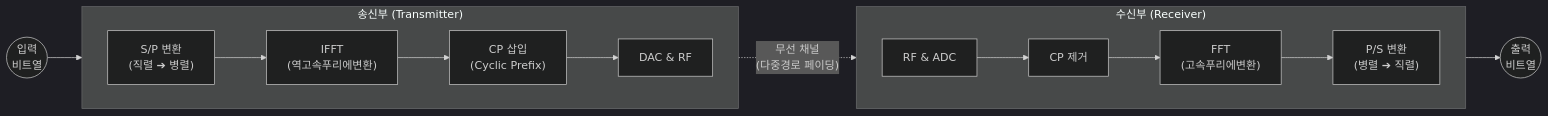
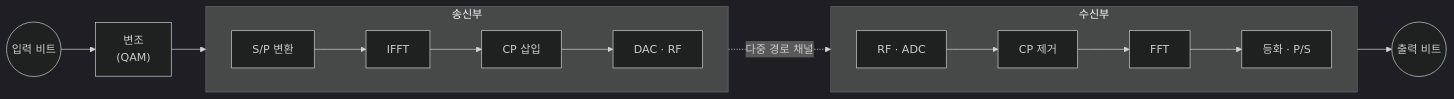
One commit to supremethumb/supremethumb.github.io changed the diagram in content/01_IT Tech/OFDM (Orthogonal Frequency Division Multiplexing).md. Above: the diagram before and after it, drawn with Mermaid (dark theme). The commit also changed other lines of this file and 1087 other files, not shown here.

````diff
--- a/content/01_IT Tech/OFDM (Orthogonal Frequency Division Multiplexing).md
+++ b/content/01_IT Tech/OFDM (Orthogonal Frequency Division Multiplexing).md
@@ -32,27 +37,15 @@
 ```mermaid
 flowchart LR
-    subgraph Transmitter ["송신부 (Transmitter)"]
+    IN(("입력 비트")) --> MOD["변조<br/>(QAM)"]
+    subgraph TX["송신부"]
         direction LR
-        S_P["S/P 변환<br/>(직렬 ➔ 병렬)"]
-        IFFT["IFFT<br/>(역고속푸리에변환)"]
-        CP_I["CP 삽입<br/>(Cyclic Prefix)"]
-        DAC["DAC & RF"]
-        
-        S_P --> IFFT --> CP_I --> DAC
+        SP["S/P 변환"] --> IFFT["IFFT"] --> CPI["CP 삽입"] --> DAC["DAC · RF"]
     end
-    
-    subgraph Receiver ["수신부 (Receiver)"]
+    subgraph RX["수신부"]
         direction LR
-        ADC["RF & ADC"]
-        CP_R["CP 제거"]
-        FFT["FFT<br/>(고속푸리에변환)"]
-        P_S["P/S 변환<br/>(병렬 ➔ 직렬)"]
-        
-        ADC --> CP_R --> FFT --> P_S
+        ADC["RF · ADC"] --> CPR["CP 제거"] --> FFT["FFT"] --> EQ["등화 · P/S"]
     end
-    
-    DataIn(("입력<br/>비트열")) --> S_P
-    DAC -. "무선 채널<br/>(다중경로 페이딩)" .-> ADC
-    P_S --> DataOut(("출력<br/>비트열"))
-
+    MOD --> SP
+    DAC -. "다중 경로 채널" .-> ADC
+    EQ --> OUT(("출력 비트"))
 ```
````
